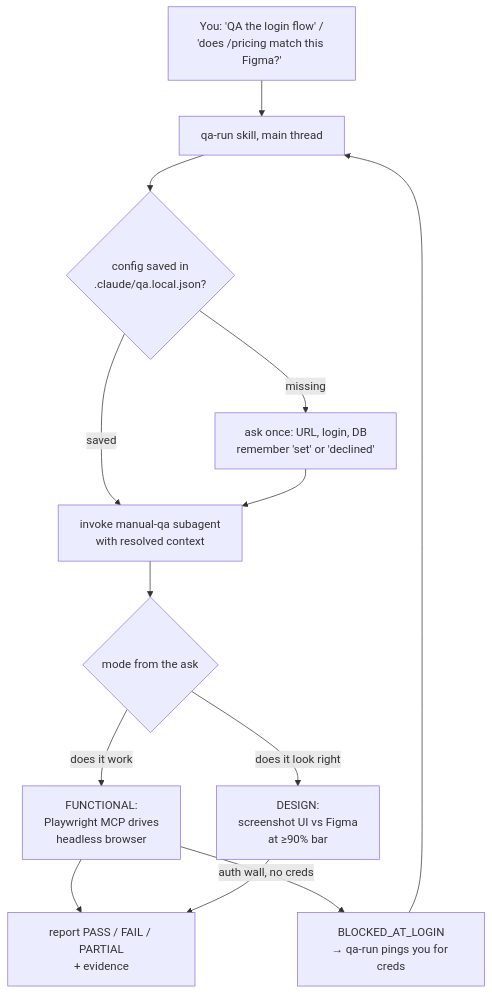
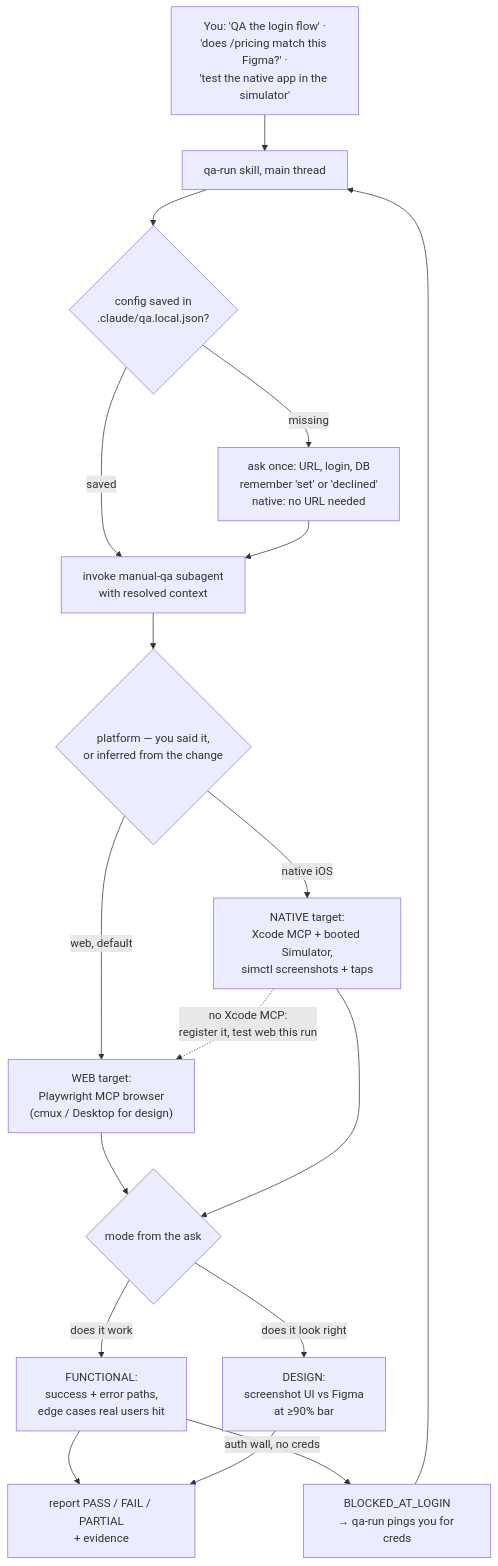
The diagram in qa/README.md (unisol1020/ai-tools), drawn with Mermaid before and after one commit. The commit also changed other lines of this file and 2 other files, not shown here.

First line of the commit message:
docs(qa): surface native iOS Simulator QA in the README, graph and qa-run

````diff
--- a/qa/README.md
+++ b/qa/README.md
@@ -16,15 +21,20 @@
 ```mermaid
 flowchart TD
-    A["You: 'QA the login flow' /<br/>'does /pricing match this Figma?'"] --> B[qa-run skill, main thread]
+    A["You: 'QA the login flow' ·<br/>'does /pricing match this Figma?' ·<br/>'test the native app in the simulator'"] --> B[qa-run skill, main thread]
     B --> C{config saved in<br/>.claude/qa.local.json?}
-    C -->|missing| D[ask once: URL, login, DB<br/>remember 'set' or 'declined']
+    C -->|missing| D[ask once: URL, login, DB<br/>remember 'set' or 'declined'<br/>native: no URL needed]
     C -->|saved| E
     D --> E[invoke manual-qa subagent<br/>with resolved context]
-    E --> F{mode from the ask}
-    F -->|does it work| G[FUNCTIONAL:<br/>Playwright MCP drives<br/>headless browser]
+    E --> P{platform — you said it,<br/>or inferred from the change}
+    P -->|web, default| W["WEB target:<br/>Playwright MCP browser<br/>(cmux / Desktop for design)"]
+    P -->|native iOS| N["NATIVE target:<br/>Xcode MCP + booted Simulator,<br/>simctl screenshots + taps"]
+    W --> F{mode from the ask}
+    N --> F
+    N -.->|no Xcode MCP:<br/>register it, test web this run| W
+    F -->|does it work| G[FUNCTIONAL:<br/>success + error paths,<br/>edge cases real users hit]
     F -->|does it look right| H[DESIGN:<br/>screenshot UI vs Figma<br/>at ≥90% bar]
     G --> V[report PASS / FAIL / PARTIAL<br/>+ evidence]
     H --> V
     G -->|auth wall, no creds| L["BLOCKED_AT_LOGIN<br/>→ qa-run pings you for creds"]
     L --> B
 ```
````
